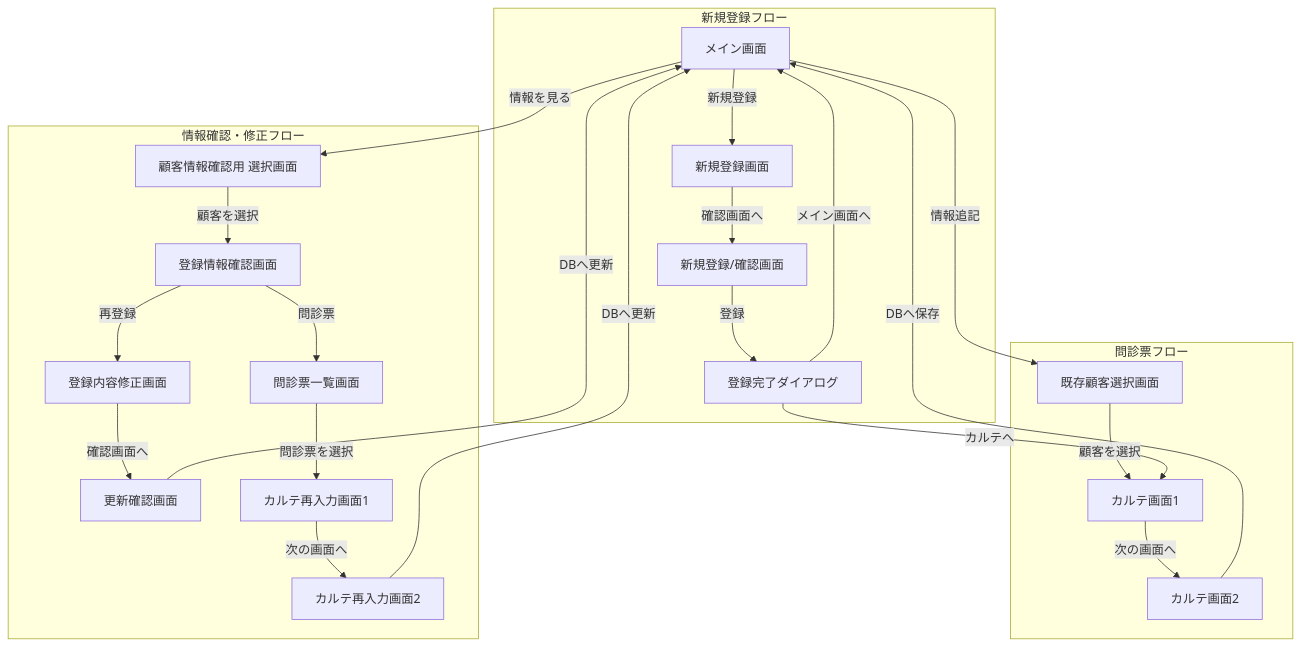
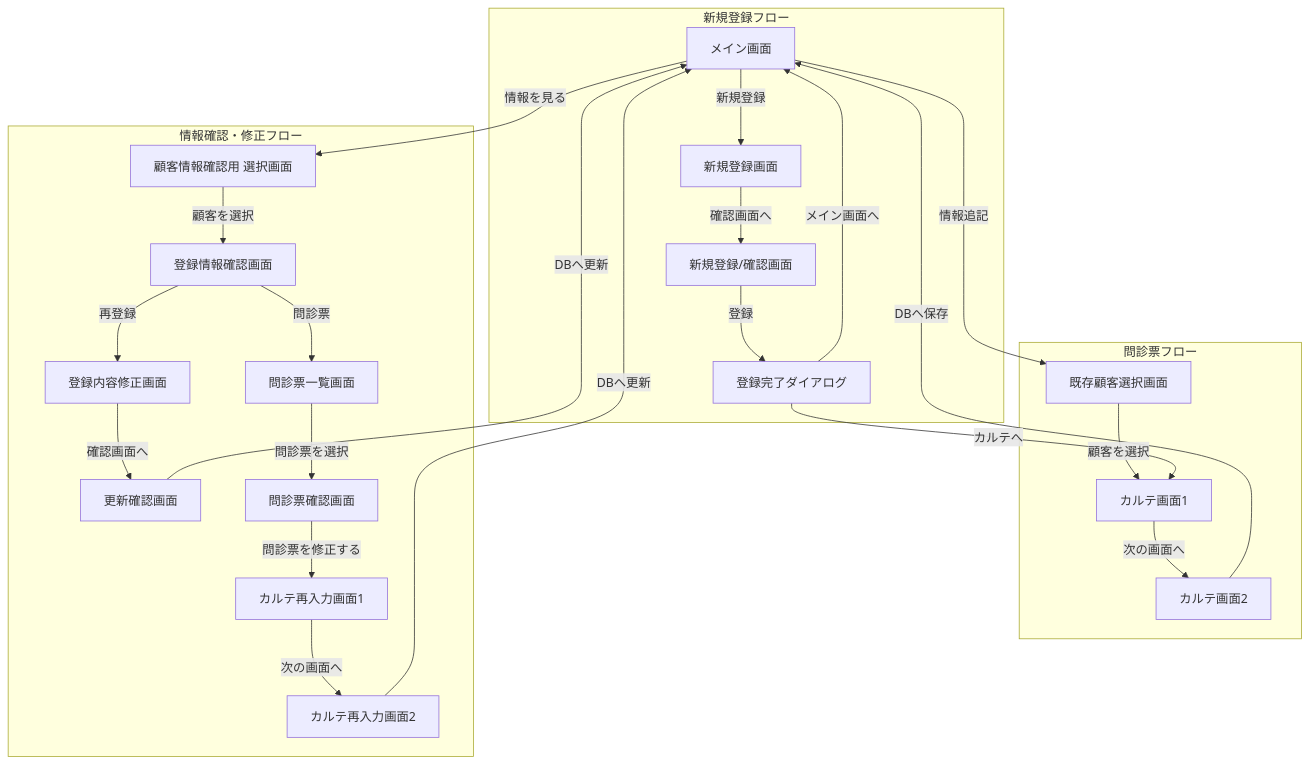
The diagram in README.md (PANAKA-4696/Questionnaire_App), drawn with Mermaid before and after one commit. The commit also changed other lines of this file, not shown here.

````diff
--- a/README.md
+++ b/README.md
@@ -222,29 +232,30 @@
 ```mermaid
 graph TD;
     subgraph "新規登録フロー"
         MainActivity["メイン画面"] -- "新規登録" --> NewCustomer["新規登録画面"];
         NewCustomer -- "確認画面へ" --> NewCustomerConfirm["新規登録/確認画面"];
         NewCustomerConfirm -- "登録" --> CompleteDialog["登録完了ダイアログ"];
         CompleteDialog -- "メイン画面へ" --> MainActivity;
     end
 
     subgraph "問診票フロー"
         MainActivity -- "情報追記" --> LoginCustomer["既存顧客選択画面"];
         LoginCustomer -- "顧客を選択" --> Questionnaire["カルテ画面1"];
         CompleteDialog -- "カルテへ" --> Questionnaire;
         Questionnaire -- "次の画面へ" --> Questionnaire2["カルテ画面2"];
         Questionnaire2 -- "DBへ保存" --> MainActivity;
     end
 
     subgraph "情報確認・修正フロー"
         MainActivity -- "情報を見る" --> InfomationCheckLogin["顧客情報確認用 選択画面"];
         InfomationCheckLogin -- "顧客を選択" --> CustomerInfoConfirm["登録情報確認画面"];
         CustomerInfoConfirm -- "再登録" --> ReEnterCustomer["登録内容修正画面"];
         ReEnterCustomer -- "確認画面へ" --> CustomerConfirm["更新確認画面"];
         CustomerConfirm -- "DBへ更新" --> MainActivity;
         CustomerInfoConfirm -- "問診票" --> QuestionConfirmLogin["問診票一覧画面"];
-        QuestionConfirmLogin -- "問診票を選択" --> ReQuestionnaire["カルテ再入力画面1"];
+        QuestionConfirmLogin -- "問診票を選択" --> QuestionnaireConfirm["問診票確認画面"];
+        QuestionnaireConfirm -- "問診票を修正する" --> ReQuestionnaire["カルテ再入力画面1"];
         ReQuestionnaire -- "次の画面へ" --> ReQuestionnaire2["カルテ再入力画面2"];
         ReQuestionnaire2 -- "DBへ更新" --> MainActivity;
     end
 ```
````
